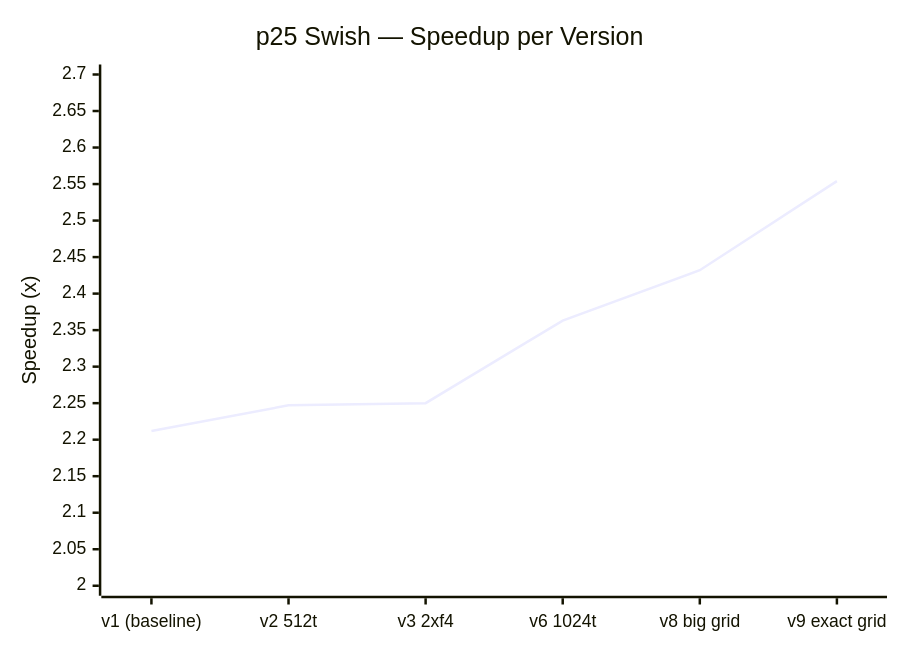
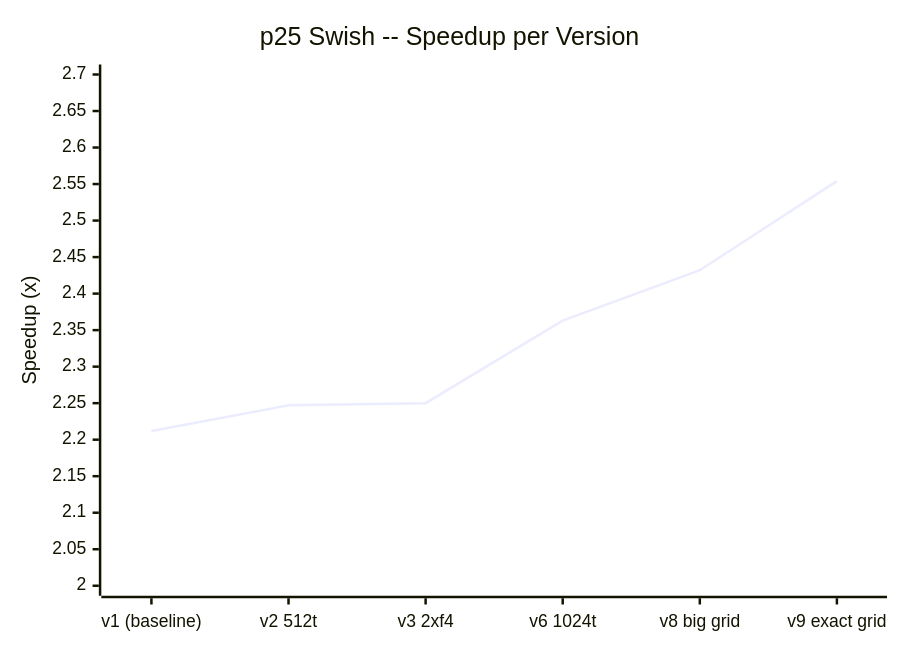
The second of 3 diagrams in reports/06_activation_optimization.md (dkreinov/blackwell-autoresearch), drawn with Mermaid before and after one commit. The commit also changed other lines of this file and 11 other files, not shown here.

````diff
--- a/reports/06_activation_optimization.md
+++ b/reports/06_activation_optimization.md
@@ -65,7 +65,7 @@
 ```mermaid
 xychart-beta
-    title "p25 Swish — Speedup per Version"
+    title "p25 Swish -- Speedup per Version"
     x-axis ["v1 (baseline)", "v2 512t", "v3 2xf4", "v6 1024t", "v8 big grid", "v9 exact grid"]
     y-axis "Speedup (x)" 2.0 --> 2.7
     line [2.212, 2.247, 2.250, 2.363, 2.432, 2.554]
 ```
````
